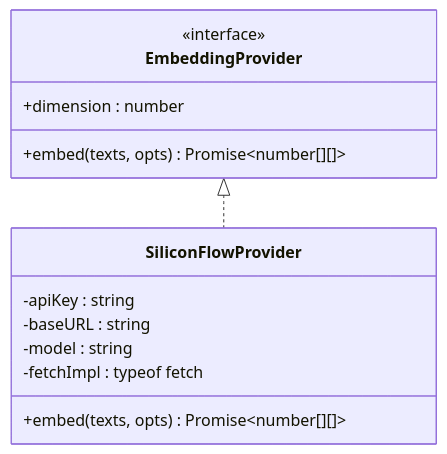
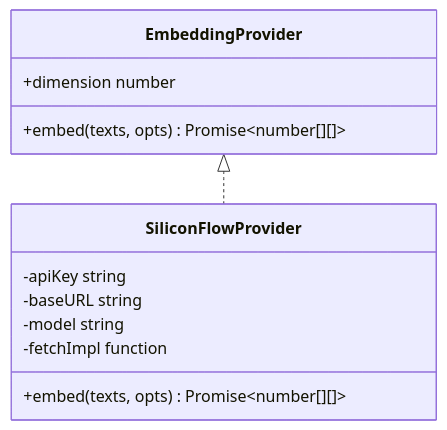
Before and after one commit to HACK-WU/kisearch: the third of 8 diagrams in .qoder/repowiki/zh/content/向量引擎架构/向量引擎架构.md, drawn with Mermaid. The commit also changed other lines of this file and 623 other files, not shown here.

````diff
--- a/.qoder/repowiki/zh/content/向量引擎架构/向量引擎架构.md
+++ b/.qoder/repowiki/zh/content/向量引擎架构/向量引擎架构.md
@@ -242,16 +134,15 @@
 ```mermaid
 classDiagram
 class EmbeddingProvider {
-<<interface>>
-+dimension : number
++dimension number
 +embed(texts, opts) Promise~number[][]~
 }
 class SiliconFlowProvider {
--apiKey : string
--baseURL : string
--model : string
--fetchImpl : typeof fetch
+-apiKey string
+-baseURL string
+-model string
+-fetchImpl function
 +embed(texts, opts) Promise~number[][]~
 }
 EmbeddingProvider <|.. SiliconFlowProvider
 ```
````
